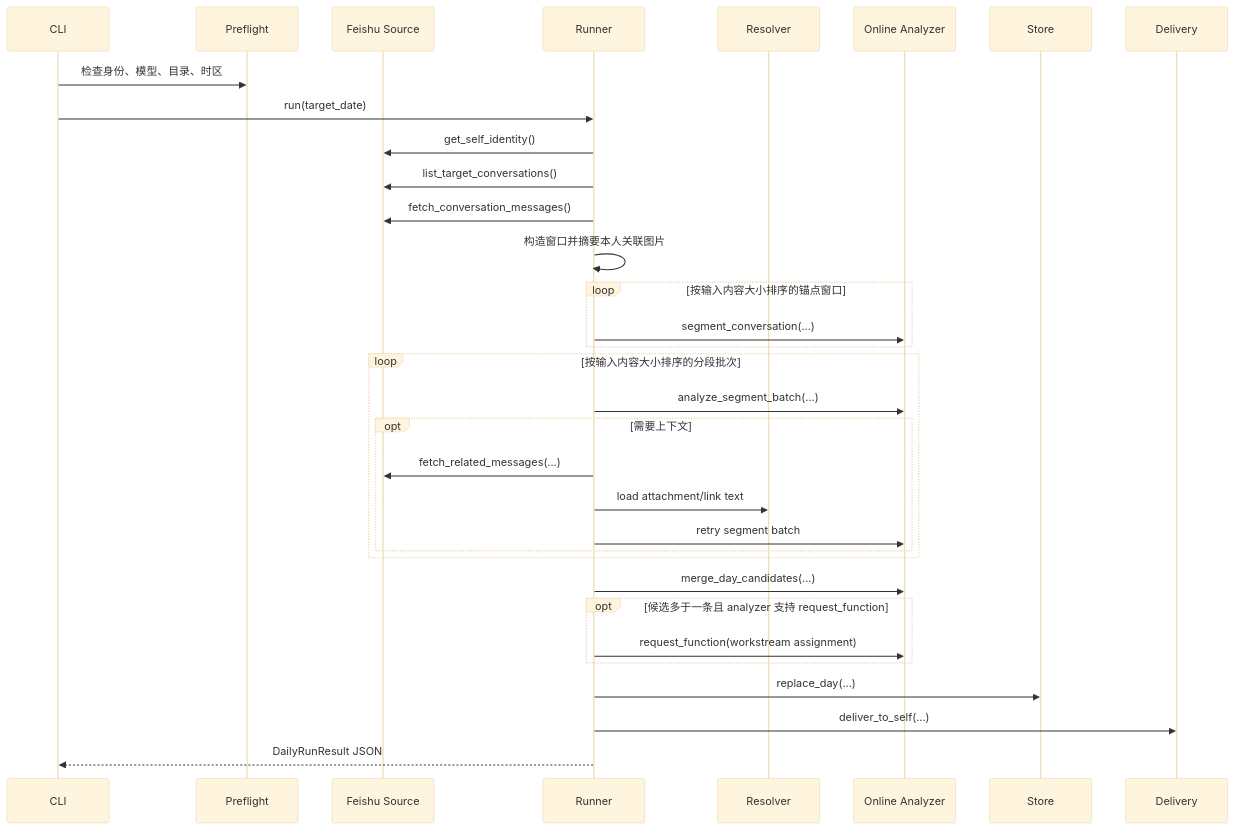
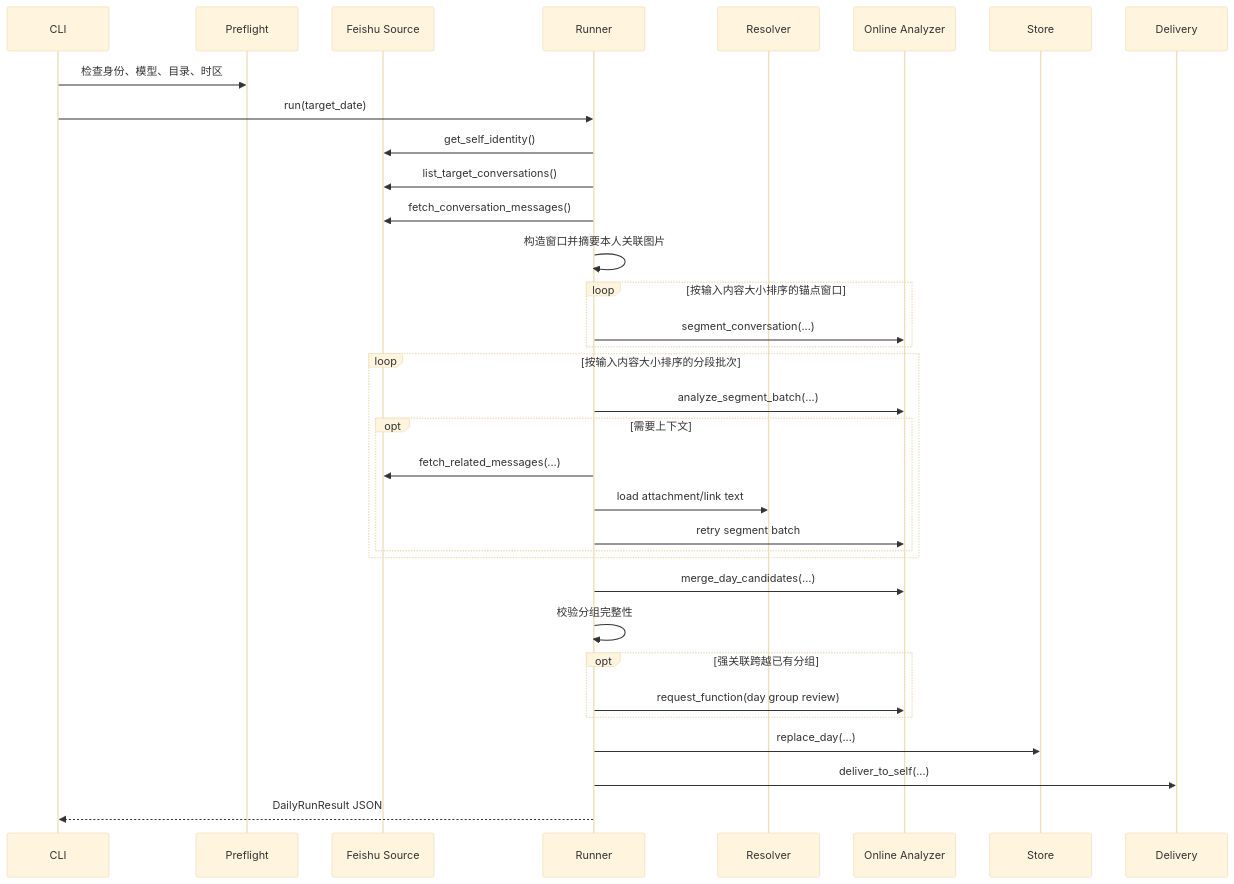
The second of 4 diagrams in docs/detailed-design.md (sunweisheng/WorkTrace), drawn with Mermaid (base theme) before and after one commit. The commit also changed other lines of this file and 70 other files, not shown here.

````diff
--- a/docs/detailed-design.md
+++ b/docs/detailed-design.md
@@ -57,36 +57,37 @@
 ```mermaid
 sequenceDiagram
     participant CLI
     participant Preflight
     participant Source as Feishu Source
     participant Runner
     participant Resolver
     participant LLM as Online Analyzer
     participant Store
     participant Delivery
 
     CLI->>Preflight: 检查身份、模型、目录、时区
     CLI->>Runner: run(target_date)
     Runner->>Source: get_self_identity()
     Runner->>Source: list_target_conversations()
     Runner->>Source: fetch_conversation_messages()
     Runner->>Runner: 构造窗口并摘要本人关联图片
     loop 按输入内容大小排序的锚点窗口
         Runner->>LLM: segment_conversation(...)
     end
     loop 按输入内容大小排序的分段批次
         Runner->>LLM: analyze_segment_batch(...)
         opt 需要上下文
             Runner->>Source: fetch_related_messages(...)
             Runner->>Resolver: load attachment/link text
             Runner->>LLM: retry segment batch
         end
     end
     Runner->>LLM: merge_day_candidates(...)
-    opt 候选多于一条且 analyzer 支持 request_function
-        Runner->>LLM: request_function(workstream assignment)
+    Runner->>Runner: 校验分组完整性
+    opt 强关联跨越已有分组
+        Runner->>LLM: request_function(day group review)
     end
     Runner->>Store: replace_day(...)
     Runner->>Delivery: deliver_to_self(...)
     Runner-->>CLI: DailyRunResult JSON
 ```
````
